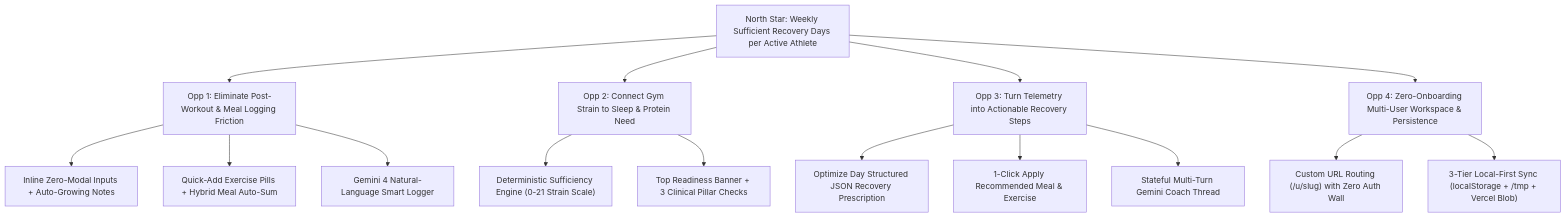
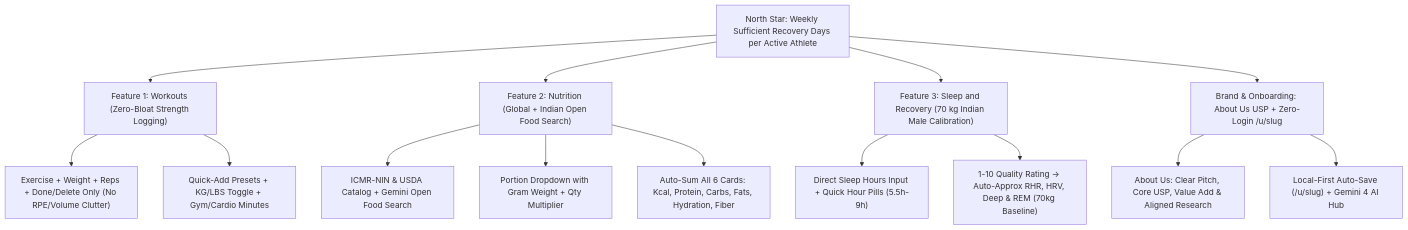
The diagram in docs/MVP_V1.md (sabbisurendra-dev/Fitness), drawn with Mermaid before and after one commit. The commit also changed other lines of this file and 8 other files, not shown here.

Commit message:
Implement MVP V1 feedback: Workouts without RPE/Volume, Open ICMR-NIN+USDA Food Search, 70kg Indian Sleep baseline, and About Us

````diff
--- a/docs/MVP_V1.md
+++ b/docs/MVP_V1.md
@@ -60,23 +54,22 @@
 ```mermaid
 flowchart TD
     NSM["North Star: Weekly Sufficient Recovery Days per Active Athlete"]
 
-    NSM --> O1["Opp 1: Eliminate Post-Workout & Meal Logging Friction"]
-    NSM --> O2["Opp 2: Connect Gym Strain to Sleep & Protein Need"]
-    NSM --> O3["Opp 3: Turn Telemetry into Actionable Recovery Steps"]
-    NSM --> O4["Opp 4: Zero-Onboarding Multi-User Workspace & Persistence"]
+    NSM --> O1["Feature 1: Workouts (Zero-Bloat Strength Logging)"]
+    NSM --> O2["Feature 2: Nutrition (Global + Indian Open Food Search)"]
+    NSM --> O3["Feature 3: Sleep and Recovery (70 kg Indian Male Calibration)"]
+    NSM --> O4["Brand & Onboarding: About Us USP + Zero-Login /u/slug"]
 
-    O1 --> S1A["Inline Zero-Modal Inputs + Auto-Growing Notes"]
-    O1 --> S1B["Quick-Add Exercise Pills + Hybrid Meal Auto-Sum"]
-    O1 --> S1C["Gemini 4 Natural-Language Smart Logger"]
+    O1 --> S1A["Exercise + Weight + Reps + Done/Delete Only (No RPE/Volume Clutter)"]
+    O1 --> S1B["Quick-Add Presets + KG/LBS Toggle + Gym/Cardio Minutes"]
 
-    O2 --> S2A["Deterministic Sufficiency Engine (0-21 Strain Scale)"]
-    O2 --> S2B["Top Readiness Banner + 3 Clinical Pillar Checks"]
+    O2 --> S2A["ICMR-NIN & USDA Catalog + Gemini Open Food Search"]
+    O2 --> S2B["Portion Dropdown with Gram Weight + Qty Multiplier"]
+    O2 --> S2C["Auto-Sum All 6 Cards: Kcal, Protein, Carbs, Fats, Hydration, Fiber"]
 
-    O3 --> S3A["Optimize Day Structured JSON Recovery Prescription"]
-    O3 --> S3B["1-Click Apply Recommended Meal & Exercise"]
-    O3 --> S3C["Stateful Multi-Turn Gemini Coach Thread"]
+    O3 --> S3A["Direct Sleep Hours Input + Quick Hour Pills (5.5h-9h)"]
+    O3 --> S3B["1-10 Quality Rating -> Auto-Approx RHR, HRV, Deep & REM (70kg Baseline)"]
 
-    O4 --> S4A["Custom URL Routing (/u/slug) with Zero Auth Wall"]
-    O4 --> S4B["3-Tier Local-First Sync (localStorage + /tmp + Vercel Blob)"]
+    O4 --> S4A["About Us: Clear Pitch, Core USP, Value Add & Aligned Research"]
+    O4 --> S4B["Local-First Auto-Save (/u/slug) + Gemini 4 AI Hub"]
 ```
````
